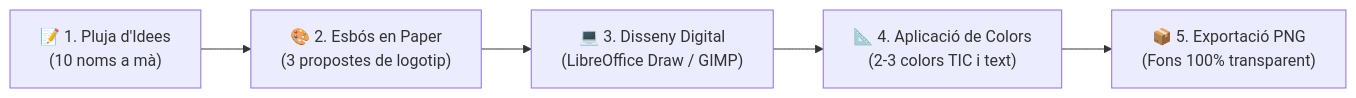
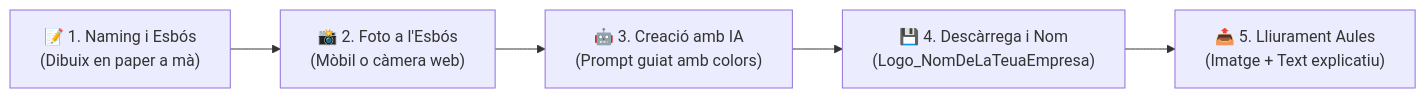
One commit to socderafel/socderafel.github.io changed the diagram in projecte-intermodular/up01/index.md. Above: the diagram before and after it, drawn with Mermaid. The commit also changed other lines of this file and 20 other files, not shown here.

Commit message:
docs(projecte-intermodular): actualitza Tasca 1 i Tasca 2 d'Aules amb passos IA, plantilles Writer i rubriques oficials

````diff
--- a/projecte-intermodular/up01/index.md
+++ b/projecte-intermodular/up01/index.md
@@ -94,7 +93,7 @@
 ```mermaid
 flowchart LR
-    A["📝 1. Pluja d'Idees<br>(10 noms a mà)"] --> B["🎨 2. Esbós en Paper<br>(3 propostes de logotip)"]
-    B --> C["💻 3. Disseny Digital<br>(LibreOffice Draw / GIMP)"]
-    C --> D["📐 4. Aplicació de Colors<br>(2-3 colors TIC i text)"]
-    D --> E["📦 5. Exportació PNG<br>(Fons 100% transparent)"]
+    A["📝 1. Naming i Esbós<br>(Dibuix en paper a mà)"] --> B["📸 2. Foto a l'Esbós<br>(Mòbil o càmera web)"]
+    B --> C["🤖 3. Creació amb IA<br>(Prompt guiat amb colors)"]
+    C --> D["💾 4. Descàrrega i Nom<br>(Logo_NomDeLaTeuaEmpresa)"]
+    D --> E["📤 5. Lliurament Aules<br>(Imatge + Text explicatiu)"]
 ```
````
